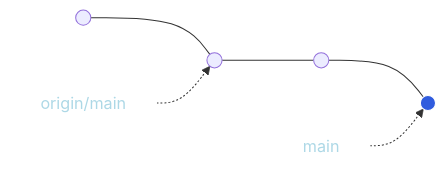
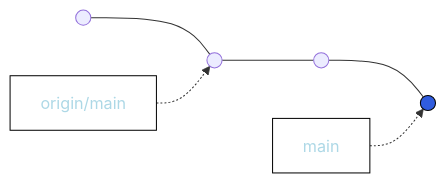
The first of 4 diagrams in docs/teamwork.md (hpc2n/course-intro-git), drawn with Mermaid before and after one commit.

Commit message:
Trying to fix a mermaid diagram

````diff
--- a/docs/teamwork.md
+++ b/docs/teamwork.md
@@ -75,17 +75,17 @@
 ```mermaid
 graph LR
   A((" "))
   origin["origin/main"]
-  style origin fill:#ffffff,stroke:#ffffff,color:#add8e6
+  style origin fill:#ffffff,stroke:#000000,color:#add8e6
   B((" "))
   C((" "))
   main["main"]
-  style main fill:#ffffff,stroke:#ffffff,color:#add8e6
+  style main fill:#ffffff,stroke:#000000,color:#add8e6
   D((" "))
-  style D fill:#305cde,stroke:#ffffff,color:#305cde
+  style D fill:#305cde,stroke:#000000,color:#305cde
   A --- B
   origin -.-> B
   B --- C 
   C --- D 
   main -.-> D 
 ```
````
